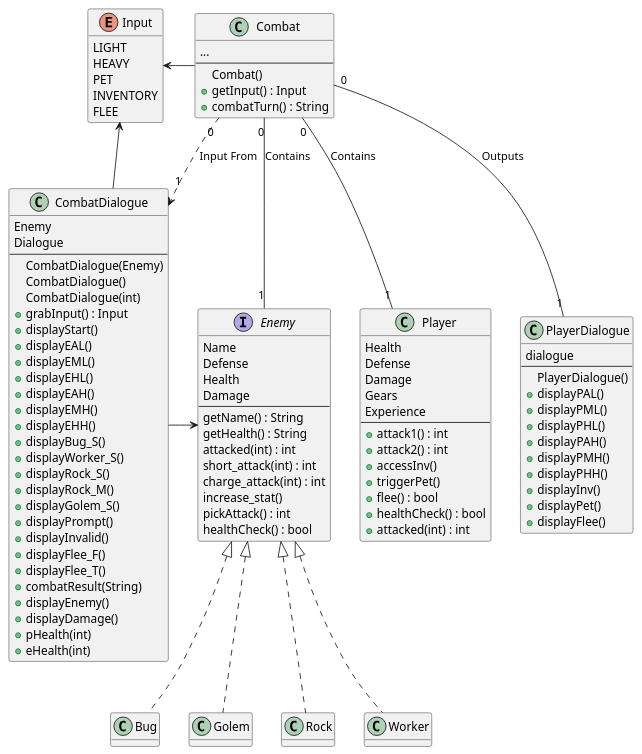
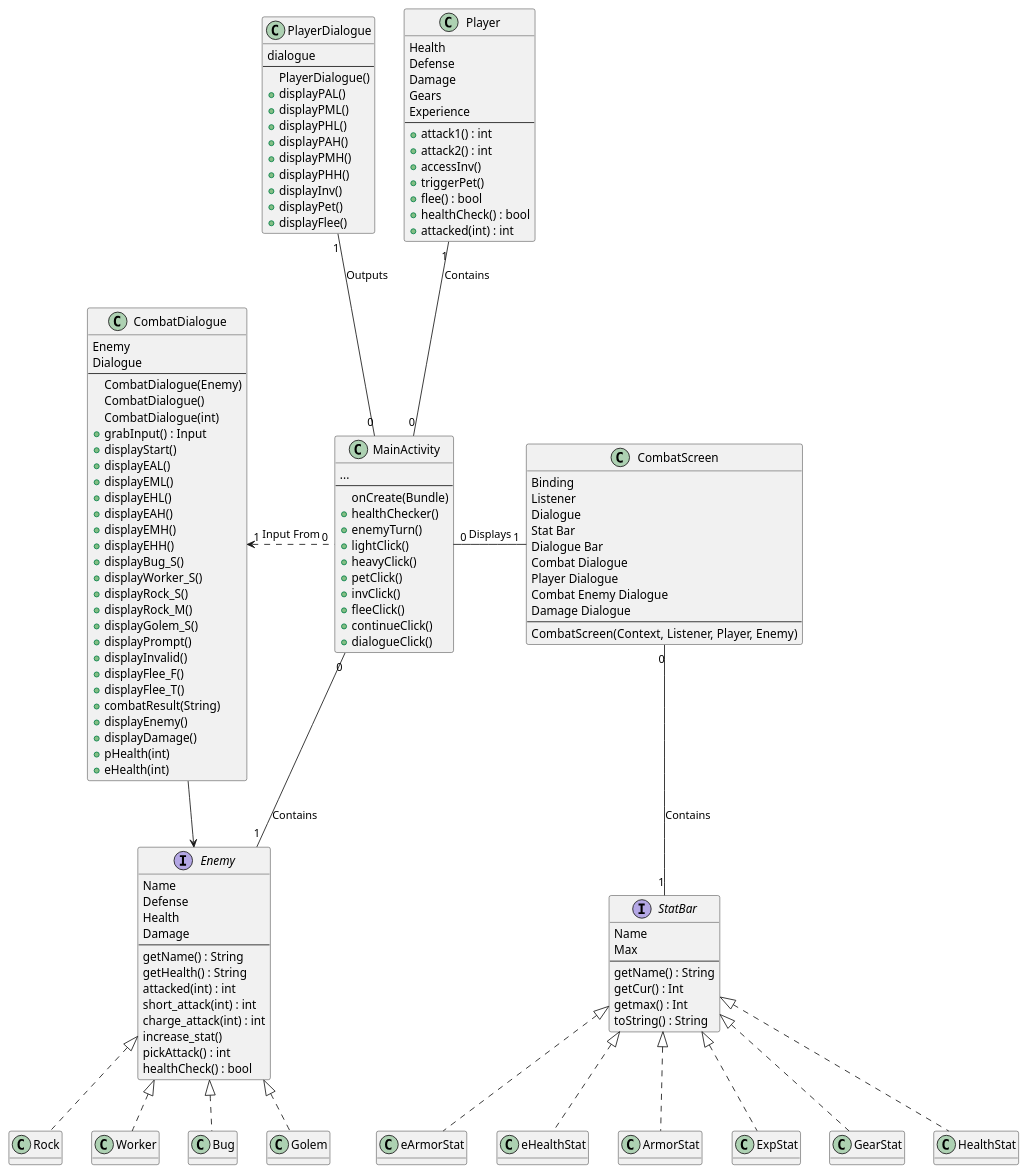
One commit to BillCheng9/Steampunk-Game changed the first of 2 diagrams in intellij/doc/design.md. Above: the diagram before and after it, drawn with PlantUML. The commit also changed other lines of this file, not shown here.

Commit message:
Updated class diagram and sequence diagram

````diff
--- a/intellij/doc/design.md
+++ b/intellij/doc/design.md
@@ -4,12 +4,19 @@
 hide empty methods
 
 ' classes
-class Combat{
+class MainActivity{
 ...
 --
-Combat()
-+getInput() : Input
-+combatTurn() : String
+onCreate(Bundle)
++healthChecker()
++enemyTurn()
++lightClick()
++heavyClick()
++petClick()
++invClick()
++fleeClick()
++continueClick()
++dialogueClick()
 }
 class CombatDialogue{
 Enemy
@@ -89,24 +96,47 @@
 class Golem{}
 class Rock{}
 class Worker{}
-enum Input{
-LIGHT
-HEAVY
-PET
-INVENTORY
-FLEE
-}
 
 Enemy <|.. Bug
 Enemy <|.. Golem
 Enemy <|.. Rock
 Enemy <|.. Worker
 
+class CombatScreen{
+Binding
+Listener
+Dialogue
+Stat Bar
+Dialogue Bar
+Combat Dialogue
+Player Dialogue
+Combat Enemy Dialogue
+Damage Dialogue
+--
+CombatScreen(Context, Listener, Player, Enemy)
+}
+interface StatBar{
+Name
+Max
+--
+getName() : String
+getCur() : Int
+getmax() : Int
+toString() : String
+}
+
+StatBar <|.. ArmorStat
+StatBar <|.. ExpStat
+StatBar <|.. GearStat
+StatBar <|.. HealthStat
+StatBar <|.. eArmorStat
+StatBar <|.. eHealthStat
+
 CombatDialogue -> Enemy
-Combat "0" -down- "1" Player : Contains
-Combat "0" -down- "1" Enemy : Contains
-Combat "0" .down-> "1" CombatDialogue : Input From
-Combat -left-> Input
-CombatDialogue -left-> Input
-Combat "0" -down- "1" PlayerDialogue : Outputs
+MainActivity "0" -up- "1" Player : Contains
+MainActivity "0" -down- "1" Enemy : Contains
+MainActivity "0" .left-> "1" CombatDialogue : Input From
+MainActivity "0" -up- "1" PlayerDialogue : Outputs
+CombatScreen "0" -down- "1" StatBar : Contains
+MainActivity "0" -right- "1" CombatScreen : Displays
 ```
````
